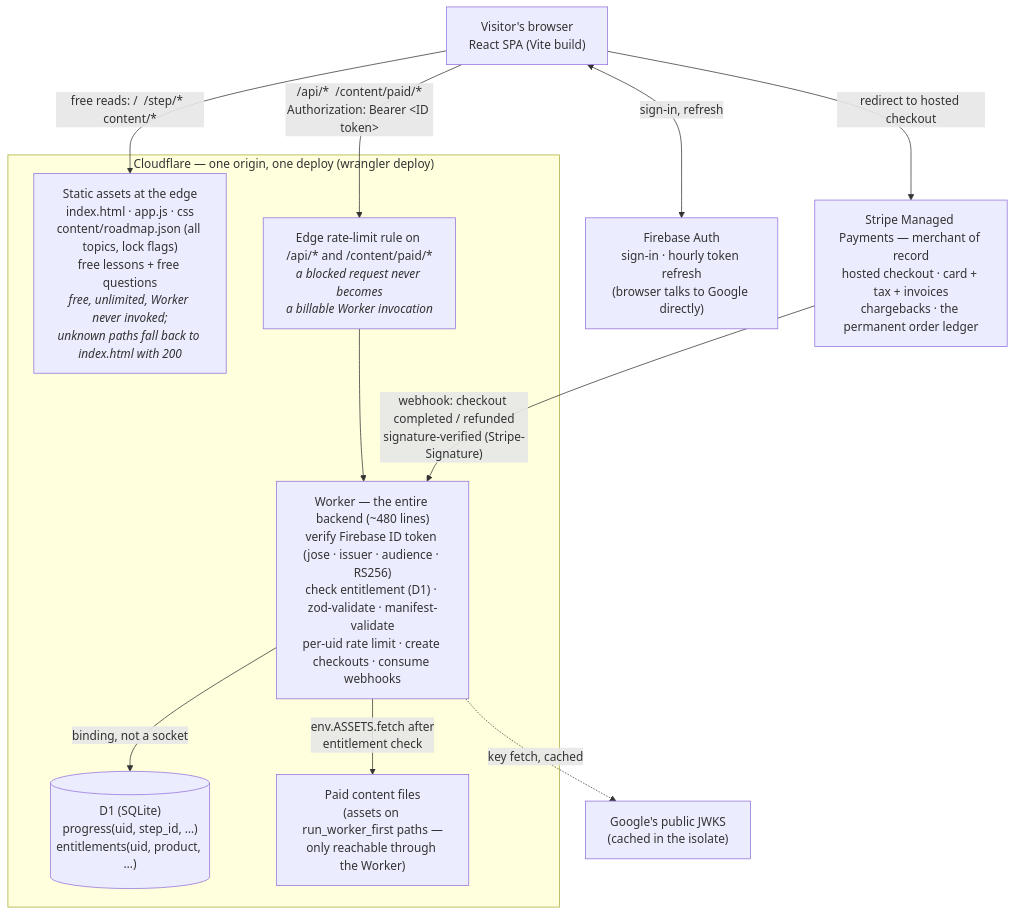
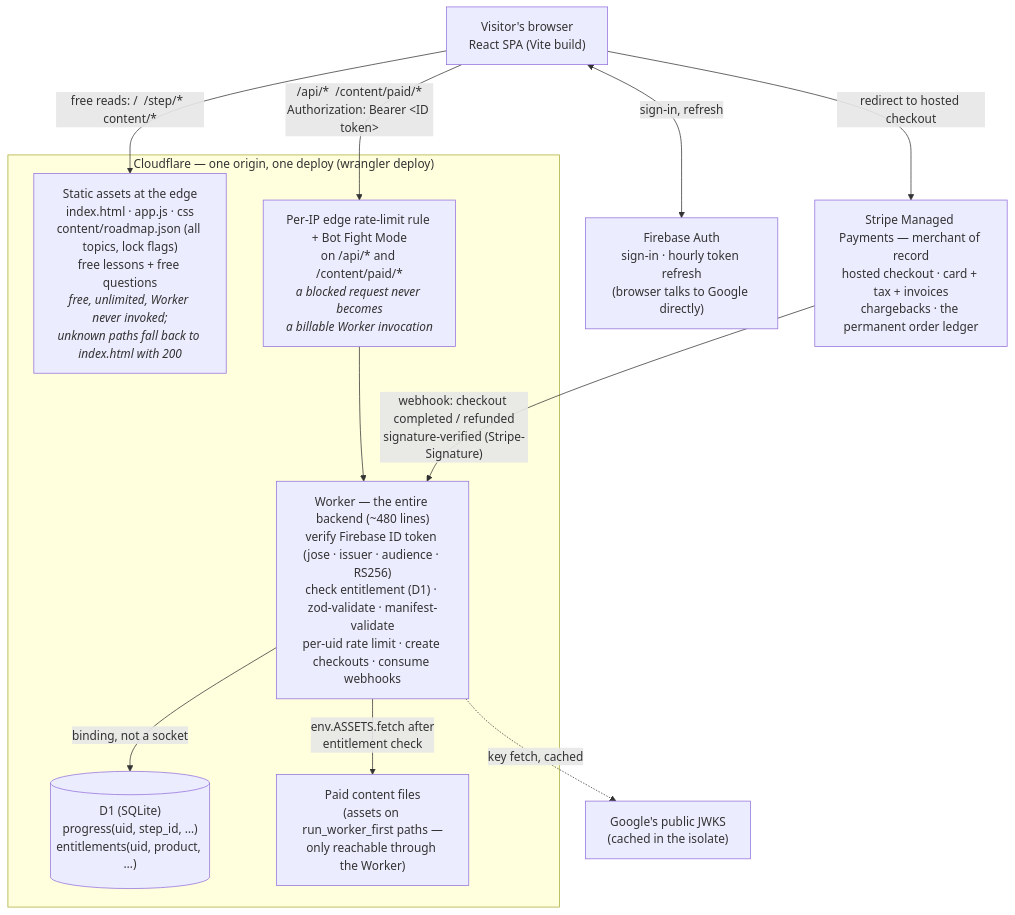
The first of 2 diagrams in DESIGN.md (Wnayar/deepcs), drawn with Mermaid before and after one commit. The commit also changed other lines of this file and 15 other files, not shown here.

````diff
--- a/DESIGN.md
+++ b/DESIGN.md
@@ -75,26 +62,26 @@
 ```mermaid
 flowchart TD
     V["Visitor's browser<br/>React SPA (Vite build)"]
 
     subgraph CF["Cloudflare — one origin, one deploy (wrangler deploy)"]
         EDGE["Static assets at the edge<br/>index.html · app.js · css<br/>content/roadmap.json (all topics, lock flags)<br/>free lessons + free questions<br/><i>free, unlimited, Worker never invoked;<br/>unknown paths fall back to index.html with 200</i>"]
-        RL["Edge rate-limit rule on /api/* and /content/paid/*<br/><i>a blocked request never becomes<br/>a billable Worker invocation</i>"]
+        RL["Per-IP edge rate-limit rule + Bot Fight Mode<br/>on /api/* and /content/paid/*<br/><i>a blocked request never becomes<br/>a billable Worker invocation</i>"]
         W["Worker — the entire backend (~480 lines)<br/>verify Firebase ID token (jose · issuer · audience · RS256)<br/>check entitlement (D1) · zod-validate · manifest-validate<br/>per-uid rate limit · create checkouts · consume webhooks"]
         D1[("D1 (SQLite)<br/>progress(uid, step_id, …)<br/>entitlements(uid, product, …)")]
         PAID["Paid content files<br/>(assets on run_worker_first paths —<br/>only reachable through the Worker)"]
     end
 
     FB["Firebase Auth<br/>sign-in · hourly token refresh<br/>(browser talks to Google directly)"]
     JWKS["Google's public JWKS<br/>(cached in the isolate)"]
     PAY["Stripe Managed Payments — merchant of record<br/>hosted checkout · card + tax + invoices<br/>chargebacks · the permanent order ledger"]
 
     V -->|"free reads: /  /step/*  content/*"| EDGE
     V -->|"/api/*  /content/paid/*<br/>Authorization: Bearer &lt;ID token&gt;"| RL
     RL --> W
     W -->|"binding, not a socket"| D1
     W -->|"env.ASSETS.fetch after<br/>entitlement check"| PAID
     V <-->|"sign-in, refresh"| FB
     W -.->|"key fetch, cached"| JWKS
     V -->|"redirect to hosted checkout"| PAY
     PAY -->|"webhook: checkout completed / refunded<br/>signature-verified (Stripe-Signature)"| W
 ```
````
